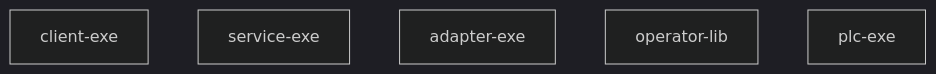
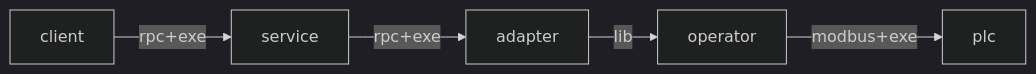
One commit to FutureOrientedGB/plc_control changed the first of 6 diagrams in README.md. Above: the diagram before and after it, drawn with Mermaid (dark theme). The commit also changed 21 other files, not shown here.

````diff
--- a/README.md
+++ b/README.md
@@ -3,8 +3,4 @@
 ```mermaid
-graph TD;
-    client-exe
-    service-exe
-    adapter-exe
-    operator-lib
-    plc-exe
+graph LR;
+    client--rpc+exe-->service--rpc+exe-->adapter--lib-->operator--modbus+exe-->plc
 ```
````
